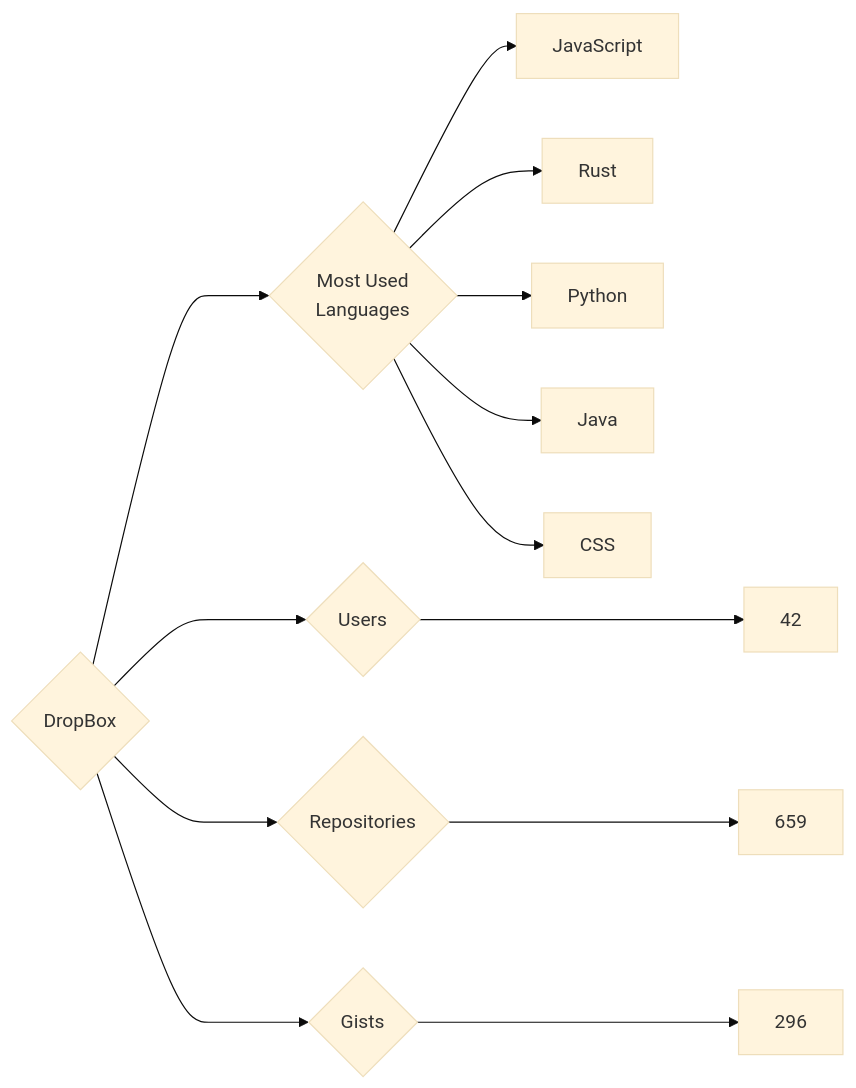
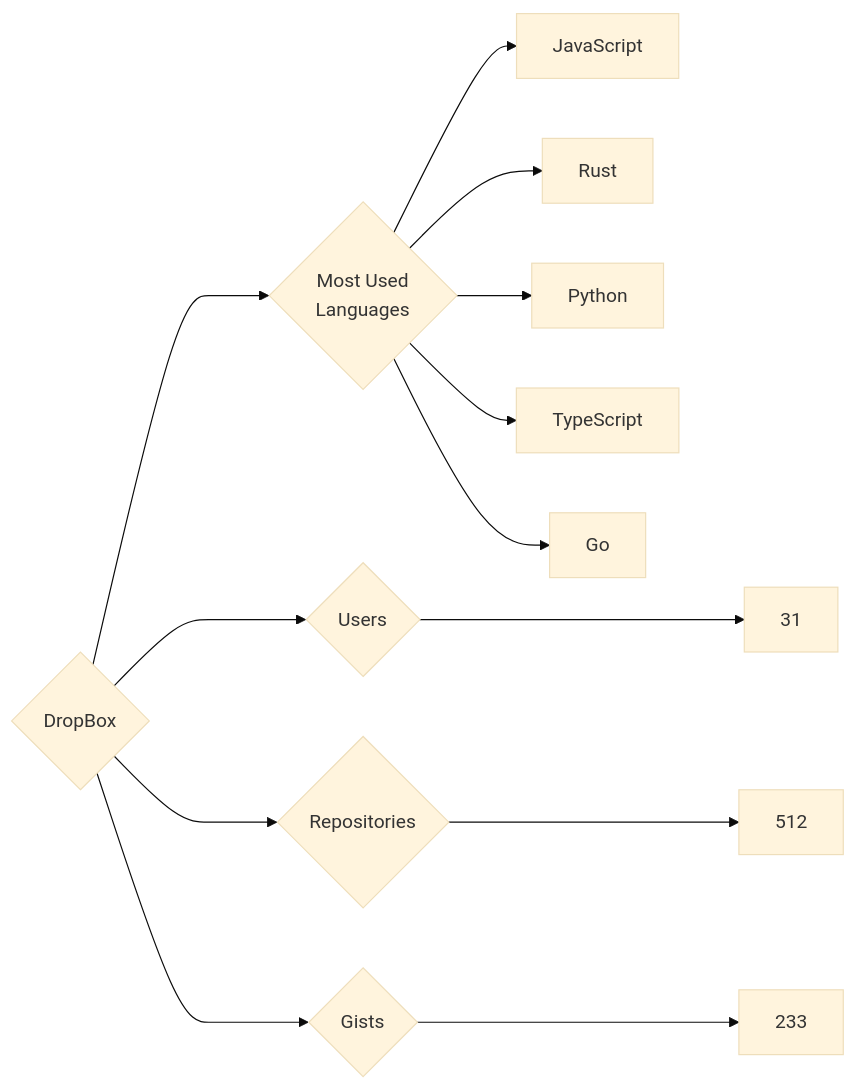
The diagram in targets/DropBox/README.md (trickest/insiders), drawn with Mermaid (base theme) before and after one commit. The commit also changed 872 other files, not shown here.

````diff
--- a/targets/DropBox/README.md
+++ b/targets/DropBox/README.md
@@ -3,13 +3,13 @@
 ```mermaid
 graph LR
 COMPANY_NAME{DropBox}
-COMPANY_NAME ---> U{Users} ---> UN[42]
-COMPANY_NAME ---> R{Repositories} ---> RN[659]
-COMPANY_NAME ---> G{Gists} ---> GN[296]
+COMPANY_NAME ---> U{Users} ---> UN[31]
+COMPANY_NAME ---> R{Repositories} ---> RN[512]
+COMPANY_NAME ---> G{Gists} ---> GN[233]
 COMPANY_NAME ---> ML{Most Used<br>Languages}
 ML --> JavaScript[JavaScript]
 ML --> Rust[Rust]
 ML --> Python[Python]
-ML --> Java[Java]
-ML --> CSS[CSS]
+ML --> TypeScript[TypeScript]
+ML --> Go[Go]
 ```
````
